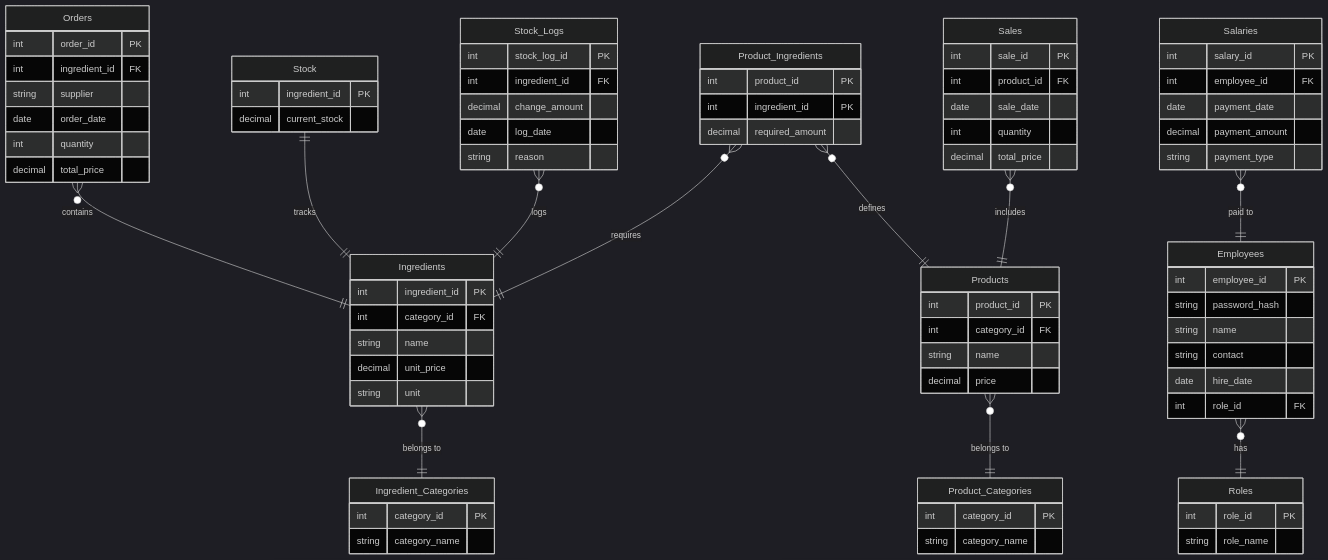
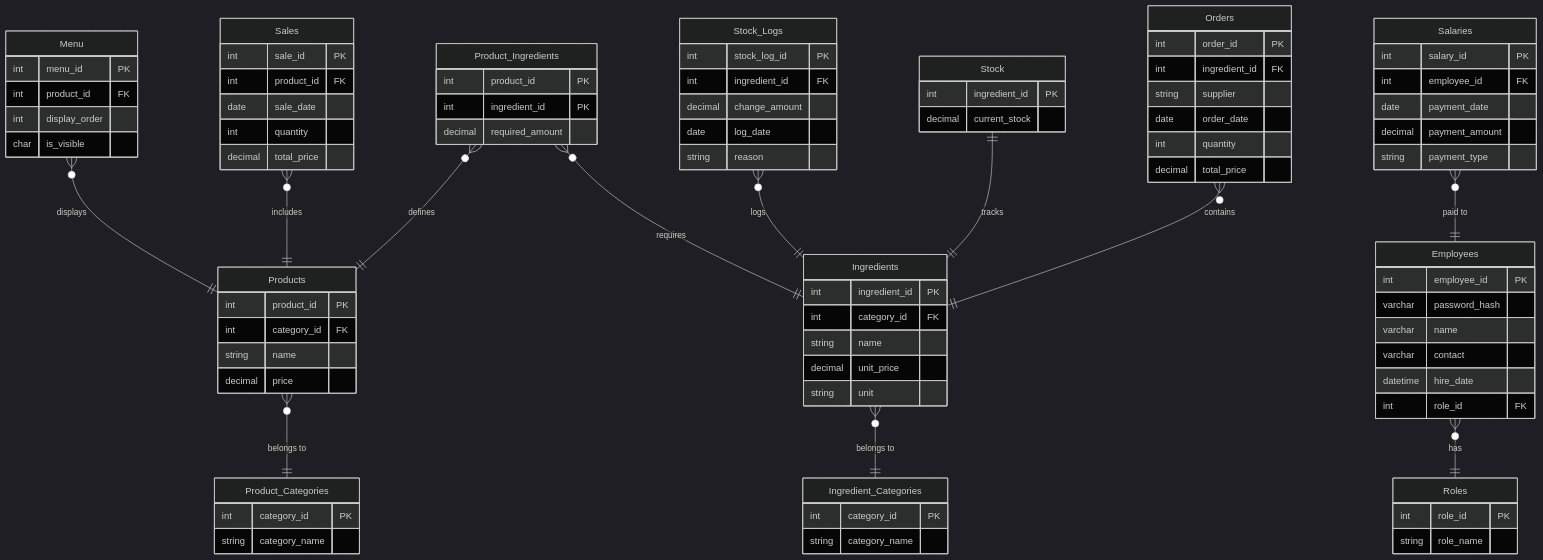
The diagram in 2024_11_28_2. DB 테이블 설계 (진심최종!!).md (kumugu/GBPJ1_Burger-Shop), drawn with Mermaid (dark theme) before and after one commit. The commit also changed other lines of this file, not shown here.

Commit message:
2024_11_28_2. DB 테이블 설계 (진심최종!!)

````diff
--- a/2024_11_28_2. DB 테이블 설계 (진심최종!!).md
+++ b/2024_11_28_2. DB 테이블 설계 (진심최종!!).md
@@ -4,18 +4,22 @@
 erDiagram
     Employees {
         int employee_id PK
-        string password_hash
-        string name
-        string contact
-        date hire_date
+        varchar password_hash
+        varchar name
+        varchar contact
+        datetime hire_date
         int role_id FK
     }
-
+    Menu {
+        int menu_id PK
+        int product_id FK
+        int display_order
+        char is_visible
+    }
     Roles {
         int role_id PK
         string role_name
     }
-
     Ingredients {
         int ingredient_id PK
         int category_id FK
@@ -23,12 +27,10 @@
         decimal unit_price
         string unit
     }
-
     Ingredient_Categories {
         int category_id PK
         string category_name
     }
-
     Orders {
         int order_id PK
         int ingredient_id FK
@@ -37,12 +39,10 @@
         int quantity
         decimal total_price
     }
-
     Stock {
         int ingredient_id PK
         decimal current_stock
     }
-
     Stock_Logs {
         int stock_log_id PK
         int ingredient_id FK
@@ -50,25 +50,21 @@
         date log_date
         string reason
     }
-
     Products {
         int product_id PK
         int category_id FK
         string name
         decimal price
     }
-
     Product_Categories {
         int category_id PK
         string category_name
     }
-
     Product_Ingredients {
         int product_id PK
         int ingredient_id PK
         decimal required_amount
     }
-
     Sales {
         int sale_id PK
         int product_id FK
@@ -76,7 +72,6 @@
         int quantity
         decimal total_price
     }
-
     Salaries {
         int salary_id PK
         int employee_id FK
@@ -84,7 +79,6 @@
         decimal payment_amount
         string payment_type
     }
-
     Employees }o--|| Roles : "has"
     Ingredients }o--|| Ingredient_Categories : "belongs to"
     Orders }o--|| Ingredients : "contains"
@@ -95,5 +89,6 @@
     Product_Ingredients }o--|| Ingredients : "requires"
     Sales }o--|| Products : "includes"
     Salaries }o--|| Employees : "paid to"
+    Menu }o--|| Products : "displays"
 
 ```
````
